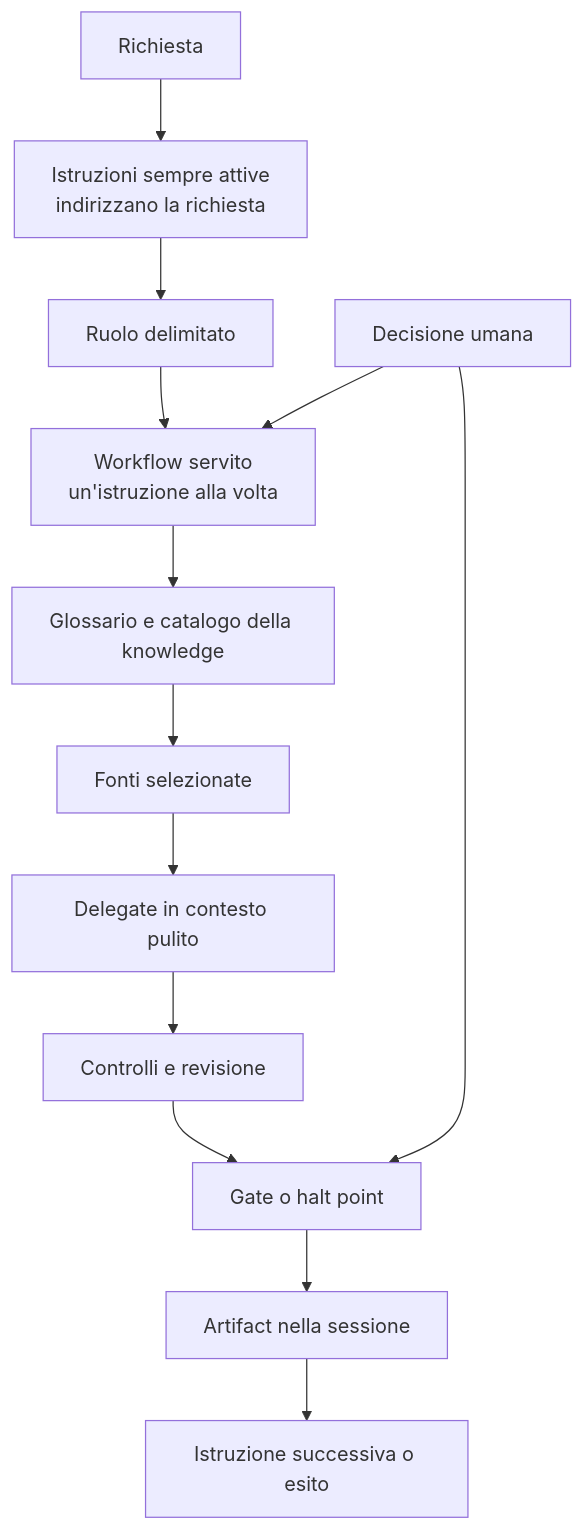
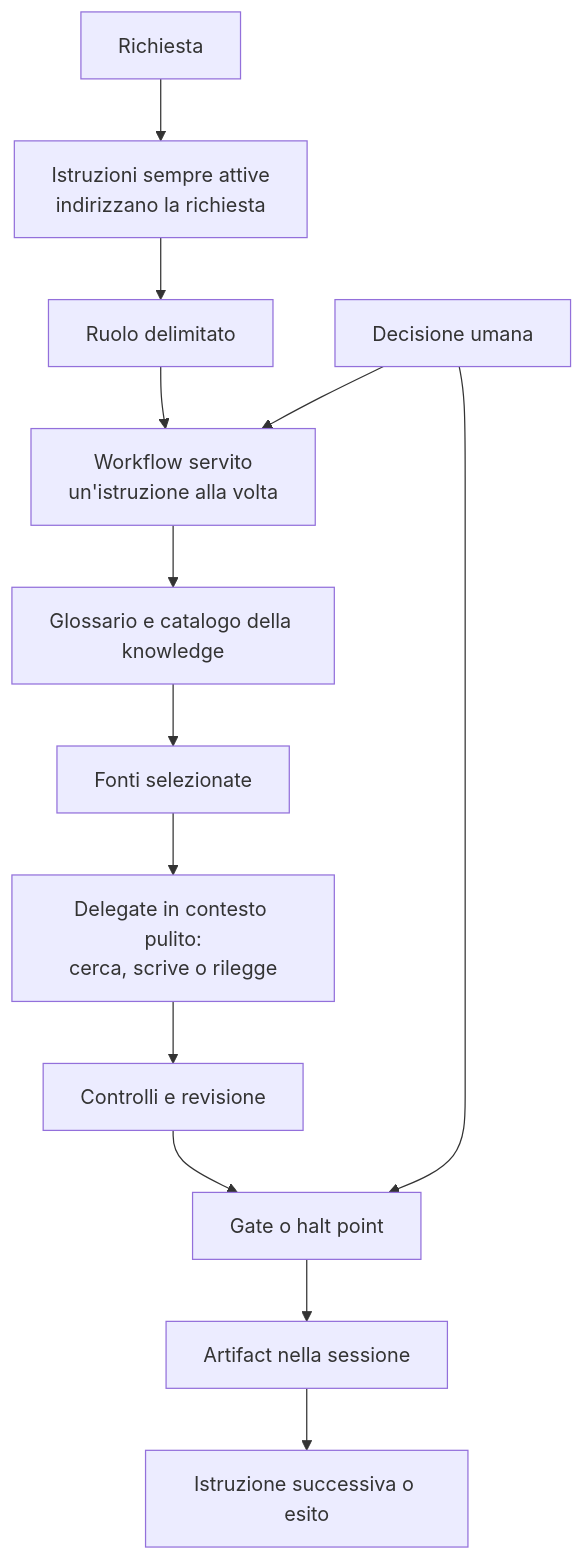
The first of 3 diagrams in orchestrator/reference/mappa-del-sistema.md (violabg/agentic-system-lessons), drawn with Mermaid before and after one commit. The commit also changed other lines of this file and 68 other files, not shown here.

````diff
--- a/orchestrator/reference/mappa-del-sistema.md
+++ b/orchestrator/reference/mappa-del-sistema.md
@@ -9,15 +9,15 @@
 ```mermaid
 flowchart TD
     Request[Richiesta] --> Router[Istruzioni sempre attive<br/>indirizzano la richiesta]
     Router --> Role[Ruolo delimitato]
     Human[Decisione umana] --> Workflow
     Role --> Workflow[Workflow servito<br/>un'istruzione alla volta]
     Workflow --> Knowledge[Glossario e catalogo della knowledge]
     Knowledge --> Evidence[Fonti selezionate]
-    Evidence --> Delegate[Delegate in contesto pulito]
+    Evidence --> Delegate[Delegate in contesto pulito:<br/>cerca, scrive o rilegge]
     Delegate --> Validation[Controlli e revisione]
     Validation --> Gate[Gate o halt point]
     Human --> Gate
     Gate --> Artifact[Artifact nella sessione]
     Artifact --> Next[Istruzione successiva o esito]
 ```
````
